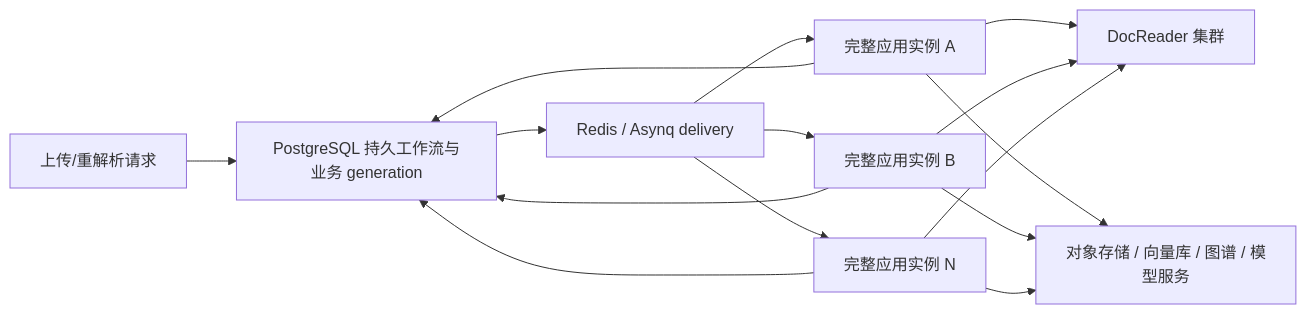
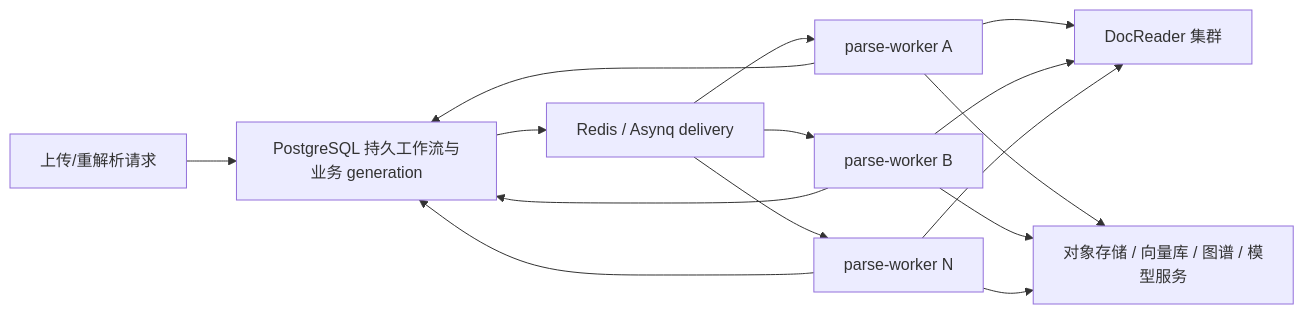
The first of 2 diagrams in docs/custom/文档解析水平扩展与故障恢复.md (Meaninles/wekno), drawn with Mermaid before and after one commit. The commit also changed other lines of this file and 26 other files, not shown here.

````diff
--- a/docs/custom/文档解析水平扩展与故障恢复.md
+++ b/docs/custom/文档解析水平扩展与故障恢复.md
@@ -27,17 +30,17 @@
 ```mermaid
 flowchart LR
     U["上传/重解析请求"] --> P["PostgreSQL 持久工作流与业务 generation"]
     P --> R["Redis / Asynq delivery"]
-    R --> A1["完整应用实例 A"]
-    R --> A2["完整应用实例 B"]
-    R --> AN["完整应用实例 N"]
+    R --> A1["parse-worker A"]
+    R --> A2["parse-worker B"]
+    R --> AN["parse-worker N"]
     A1 --> D["DocReader 集群"]
     A2 --> D
     AN --> D
     A1 --> S["对象存储 / 向量库 / 图谱 / 模型服务"]
     A2 --> S
     AN --> S
     A1 --> P
     A2 --> P
     AN --> P
 ```
````
